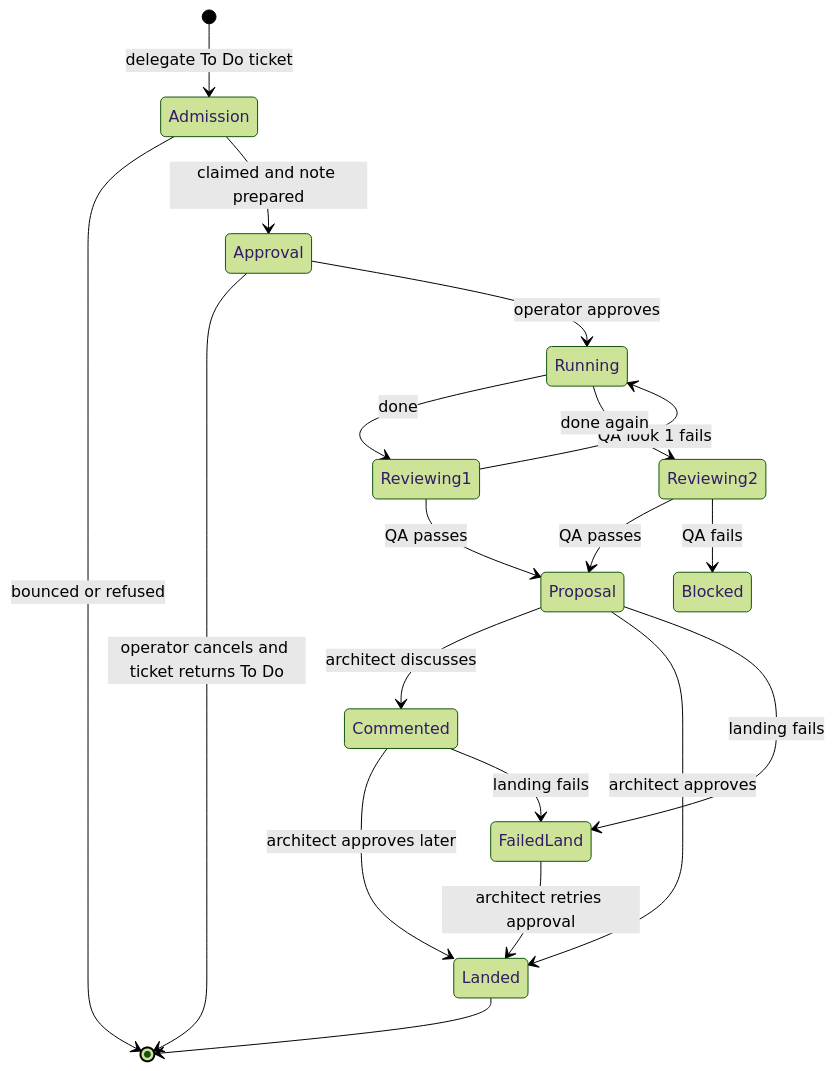
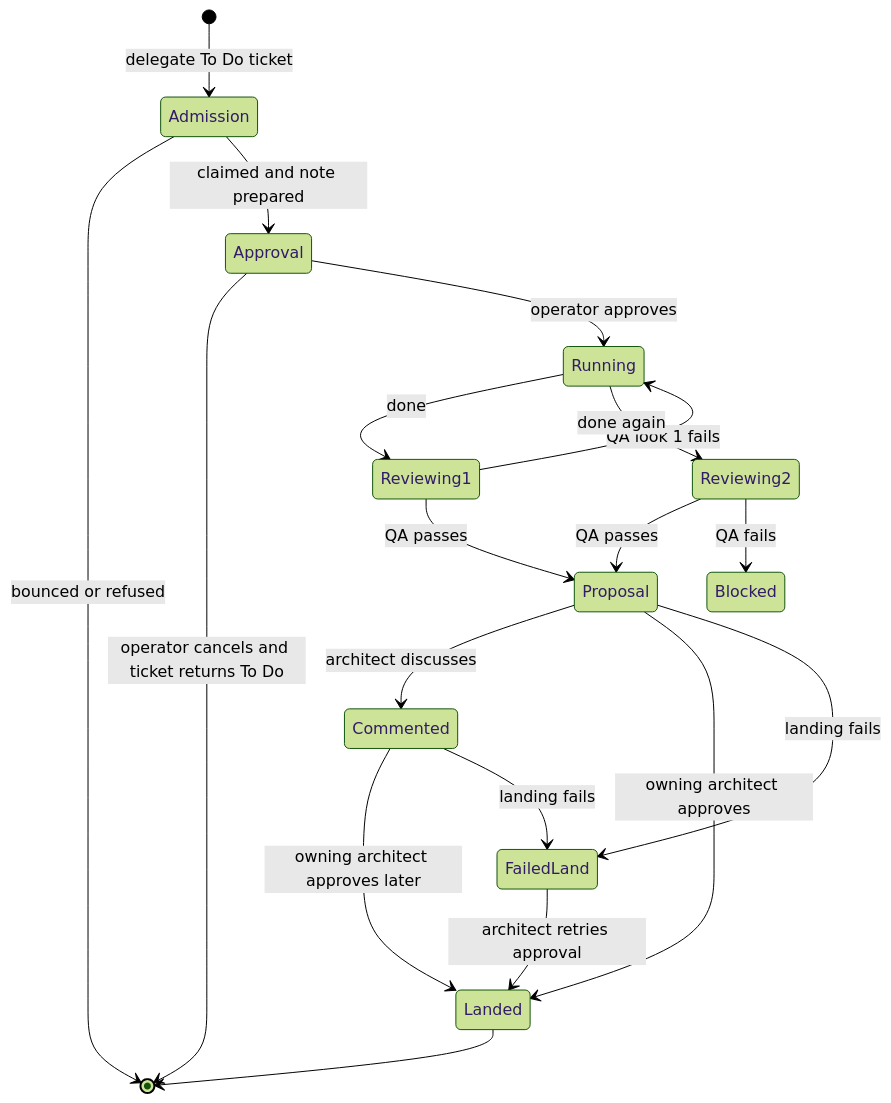
Before and after one commit to hypermemetic-ai/qq: the diagram in openwiki/workflows/workshops.md, drawn with Mermaid (forest theme). The commit also changed other lines of this file and 2 other files, not shown here.

````diff
--- a/openwiki/workflows/workshops.md
+++ b/openwiki/workflows/workshops.md
@@ -32,21 +32,21 @@
 ```mermaid
 stateDiagram-v2
     [*] --> Admission: delegate To Do ticket
     Admission --> [*]: bounced or refused
     Admission --> Approval: claimed and note prepared
     Approval --> [*]: operator cancels and ticket returns To Do
     Approval --> Running: operator approves
     Running --> Reviewing1: done
     Reviewing1 --> Running: QA look 1 fails
     Reviewing1 --> Proposal: QA passes
     Running --> Reviewing2: done again
     Reviewing2 --> Proposal: QA passes
     Reviewing2 --> Blocked: QA fails
     Proposal --> Commented: architect discusses
-    Proposal --> Landed: architect approves
-    Commented --> Landed: architect approves later
+    Proposal --> Landed: owning architect approves
+    Commented --> Landed: owning architect approves later
     Proposal --> FailedLand: landing fails
     Commented --> FailedLand: landing fails
     FailedLand --> Landed: architect retries approval
     Landed --> [*]
 ```
````
